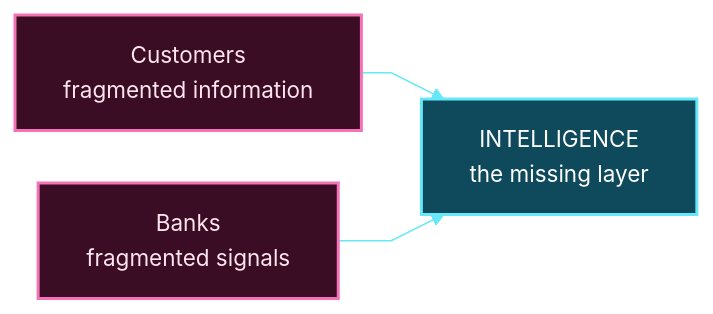
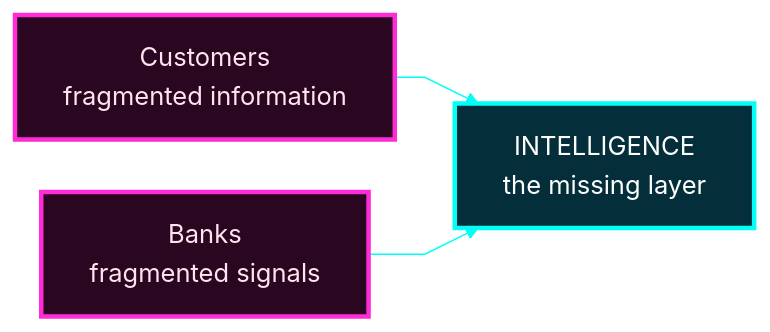
The third of 17 diagrams in README.md (Mansi232323/MANSHORA), drawn with Mermaid before and after one commit. The commit also changed other lines of this file, not shown here.

````diff
--- a/README.md
+++ b/README.md
@@ -169,10 +184,10 @@
 ```mermaid
-%%{init: {'theme':'base','themeVariables':{'fontSize':'15px','fontFamily':'Arial, Helvetica, sans-serif','primaryColor':'#1e1145','primaryTextColor':'#f5f3ff','primaryBorderColor':'#a78bfa','lineColor':'#67e8f9','textColor':'#f5f3ff','edgeLabelBackground':'#1e1145'},'flowchart':{'htmlLabels':true,'nodeSpacing':35,'rankSpacing':40,'padding':16,'curve':'linear'}}}%%
+%%{init: {'theme':'base','themeVariables':{'fontSize':'17px','fontFamily':'Arial, Helvetica, sans-serif','primaryColor':'#0b0b2a','primaryTextColor':'#f5f3ff','primaryBorderColor':'#b026ff','lineColor':'#00fff7','textColor':'#f5f3ff','edgeLabelBackground':'#0b0b2a'},'flowchart':{'htmlLabels':true,'nodeSpacing':35,'rankSpacing':40,'padding':16,'curve':'linear'}}}%%
 flowchart LR
     C["Customers<br/>fragmented information"] --> M["INTELLIGENCE<br/>the missing layer"]
     B["Banks<br/>fragmented signals"] --> M
-    classDef problem fill:#3b0d24,stroke:#f472b6,stroke-width:2px,color:#ffe4f0
-    classDef answer fill:#0e4a5c,stroke:#67e8f9,stroke-width:2px,color:#ffffff
+    classDef problem fill:#2a0620,stroke:#ff2bd6,stroke-width:3px,color:#ffe4f0
+    classDef answer fill:#042f3a,stroke:#00fff7,stroke-width:3px,color:#ffffff
     class C,B problem
     class M answer
 ```
````
